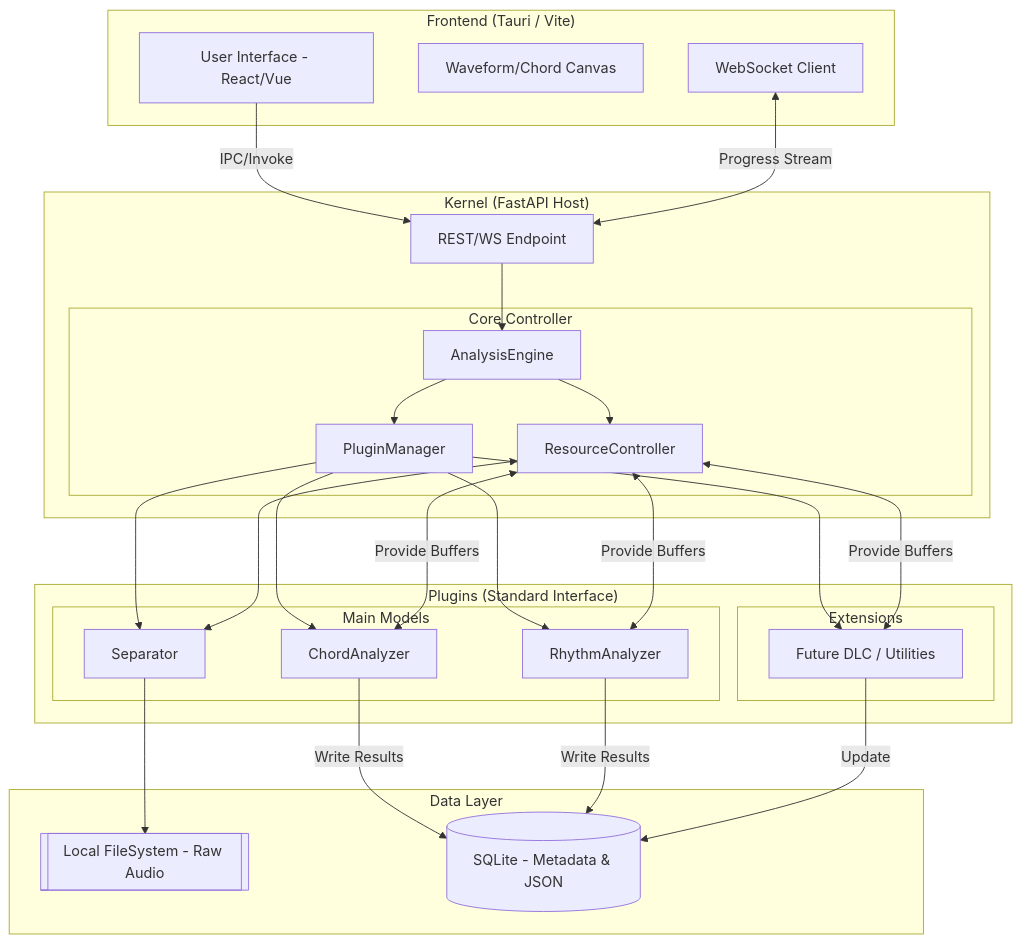
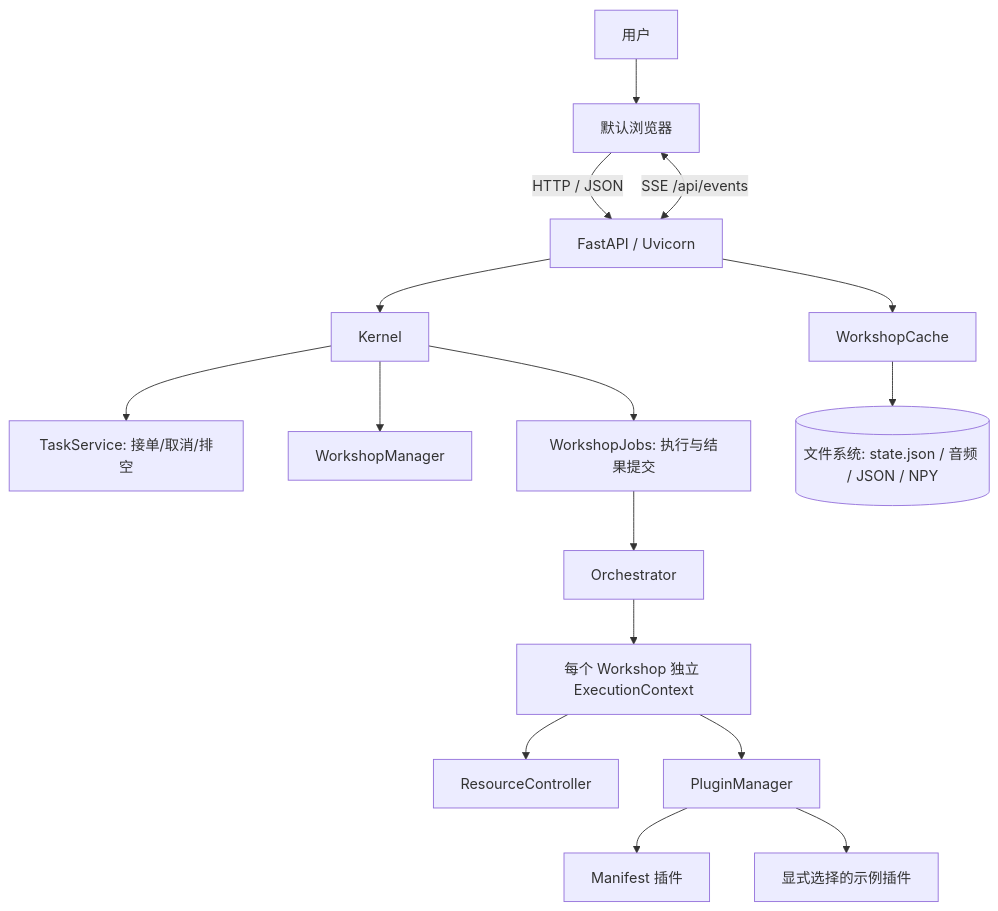
One commit to GotoMiyuki/TABsucks changed the diagram in docs/架构设计.md. Above: the diagram before and after it, drawn with Mermaid. The commit also changed other lines of this file and 71 other files, not shown here.

First line of the commit message:
fix(core): complete P1/P2 runtime and architecture fixes

````diff
--- a/docs/架构设计.md
+++ b/docs/架构设计.md
@@ -1,58 +7,18 @@
 ```mermaid
-graph TD
-    subgraph "Frontend (Tauri / Vite)"
-        UI[User Interface - React/Vue]
-        Canvas[Waveform/Chord Canvas]
-        WS_Client[WebSocket Client]
-    end
-
-    subgraph "Kernel (FastAPI Host)"
-        API[REST/WS Endpoint]
-        
-        subgraph "Core Controller"
-            RC[ResourceController]
-            PM[PluginManager]
-            AE[AnalysisEngine]
-        end
-        
-        
-    end
-
-    subgraph "Plugins (Standard Interface)"
-        subgraph "Main Models"
-            SEP[Separator]
-            CHORD[ChordAnalyzer]
-            RHYTHM[RhythmAnalyzer]
-        end
-        
-        subgraph "Extensions"
-            DLC[Future DLC / Utilities]
-        end
-    end
-
-    subgraph "Data Layer"
-        FS[[Local FileSystem - Raw Audio]]
-        DB[(SQLite - Metadata & JSON)]
-    end
-
-    %% Communication Flows
-    UI -->|IPC/Invoke| API
-    WS_Client <-->|Progress Stream| API
-    AE --> PM
-    API --> AE
-    AE --> RC
-    
-    %% 插件调用流
-    PM --> SEP
-    PM --> CHORD
-    PM --> RHYTHM
-    PM --> DLC
-    
-    %% 数据流
-    RC <--> SEP
-    RC <-->|Provide Buffers| CHORD & RHYTHM & DLC
-    
-    SEP --> FS
-    CHORD & RHYTHM -->|Write Results| DB
-    DLC -->|Update| DB
+flowchart TD
+    User[用户] --> Browser[默认浏览器]
+    Browser -->|HTTP / JSON| API[FastAPI / Uvicorn]
+    Browser <-->|SSE /api/events| API
+    API --> Kernel[Kernel]
+    Kernel --> Tasks[TaskService: 接单/取消/排空]
+    Kernel --> WM[WorkshopManager]
+    Kernel --> Jobs[WorkshopJobs: 执行与结果提交]
+    Jobs --> Orch[Orchestrator]
+    Orch --> Context[每个 Workshop 独立 ExecutionContext]
+    Context --> RC[ResourceController]
+    Context --> PM[PluginManager]
+    PM --> Manifest[Manifest 插件]
+    PM --> Example[显式选择的示例插件]
+    API --> Cache[WorkshopCache]
+    Cache --> Files[(文件系统: state.json / 音频 / JSON / NPY)]
 ```
````
